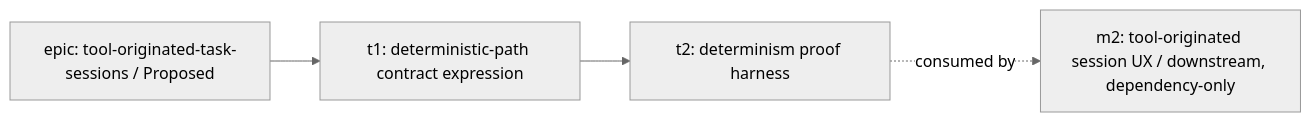
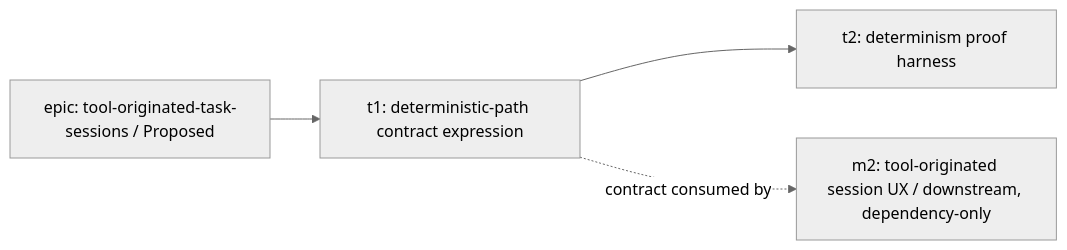
One commit to kcrobinson-1/workstream-tracker changed the diagram in docs/plans/tool-originated-task-sessions/m1/README.md. Above: the diagram before and after it, drawn with Mermaid (neutral theme). The commit also changed other lines of this file and 2 other files, not shown here.

Commit message:
plan(m1): promote tool-originated-task-sessions-m1 to Proposed
Pass the parent-doc In draft -> Proposed promotion gate:
coherence read (tightened the Sequencing edge so m2 consumes t1's
contract, not t2's throwaway harness), decision-completeness on
t1/t2 WHAT contracts, Verified-by walk against merged code,
required-sections + no-implementation-prescription confirmed.

Seed the two locked child skeletons (t1 contract expression, t2
proof harness) with parent-scoped pre-declared slugs and the
inherited locked contracts, per shared.md parent-promotion stub
seeding.

````diff
--- a/docs/plans/tool-originated-task-sessions/m1/README.md
+++ b/docs/plans/tool-originated-task-sessions/m1/README.md
@@ -90,7 +90,7 @@
 ```mermaid
 flowchart LR
   epic[epic: tool-originated-task-sessions / Proposed] --> t1
   t1[t1: deterministic-path contract expression] --> t2
   t2[t2: determinism proof harness]
-  t2 -. consumed by .-> m2[m2: tool-originated session UX / downstream, dependency-only]
+  t1 -. contract consumed by .-> m2[m2: tool-originated session UX / downstream, dependency-only]
 ```
````
